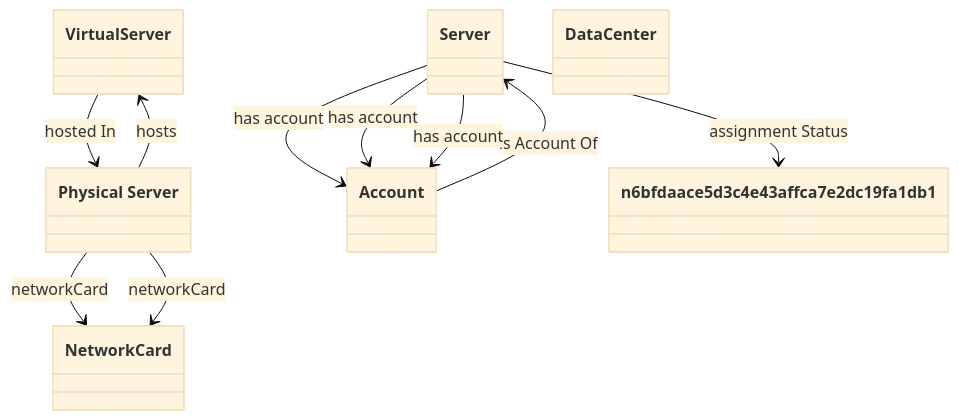
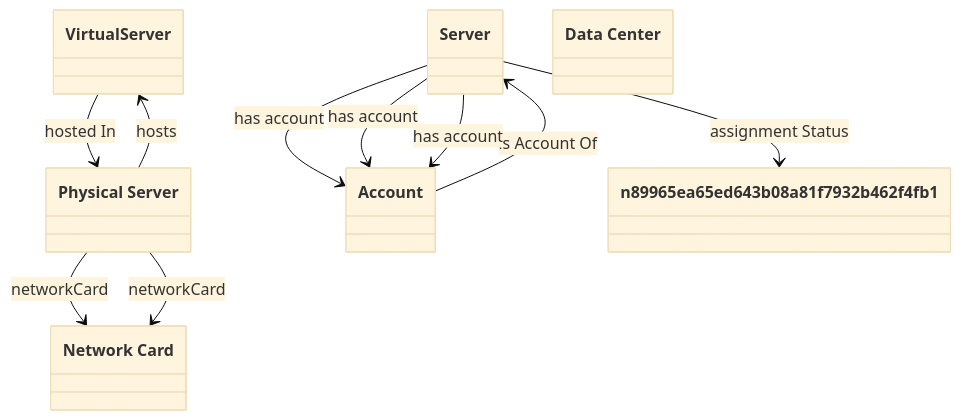
Before and after one commit to oeg-upm/Devos: the diagram in output/ieswc_freq/server.ttl-freq-7-0-hard.md, drawn with Mermaid (base theme). The commit also changed 267 other files, not shown here.

````diff
--- a/output/ieswc_freq/server.ttl-freq-7-0-hard.md
+++ b/output/ieswc_freq/server.ttl-freq-7-0-hard.md
@@ -1,53 +1,53 @@
 ```mermaid
 	classDiagram
 
     
     class `VirtualServer` {
     
     }
 
     class `Physical Server` {
     
     }
 
     class `Server` {
     
     }
 
     class `Account` {
     
     }
 
-    class `DataCenter` {
+    class `Data Center` {
     
     }
 
-    class `NetworkCard` {
+    class `Network Card` {
     
     }
 
-    class `n6bfdaace5d3c4e43affca7e2dc19fa1db1` {
+    class `n89965ea65ed643b08a81f7932b462f4fb1` {
     
     }
 
 
 
-`VirtualServer`  --> `Physical Server`   :hosted In  
-
-`Server`  --> `n6bfdaace5d3c4e43affca7e2dc19fa1db1`   :assignment Status  
-
 `Physical Server`  --> `VirtualServer`   :hosts  
 
 `Account`  --> `Server`   :is Account Of  
 
+`VirtualServer`  --> `Physical Server`   :hosted In  
+
+`Server`  --> `n89965ea65ed643b08a81f7932b462f4fb1`   :assignment Status  
+
 `Server`  --> `Account`   :has account  
 
-`Physical Server`  --> `NetworkCard`   :networkCard  
-
-`Physical Server`  --> `NetworkCard`   :networkCard  
+`Physical Server`  --> `Network Card`   :networkCard  
 
 `Server`  --> `Account`   :has account  
 
 `Server`  --> `Account`   :has account  
 
+`Physical Server`  --> `Network Card`   :networkCard  
+
 ```
````
